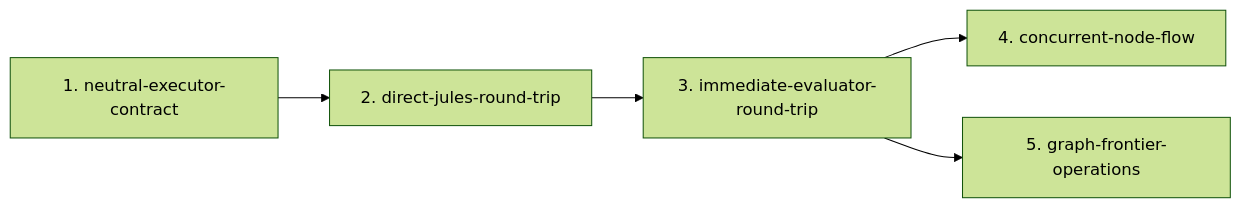
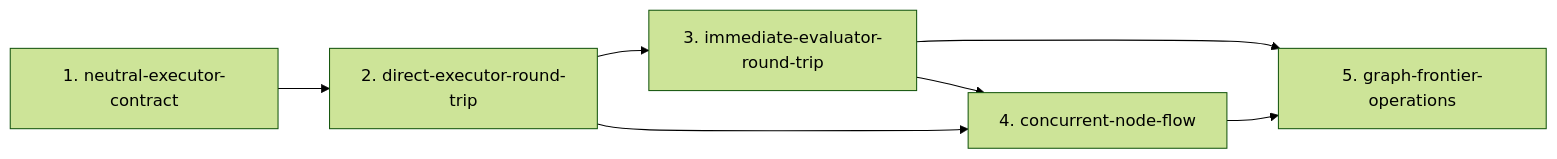
Before and after one commit to skchaudr/gddp-runtime: the third of 3 diagrams in PROJECT-BRIEF.md, drawn with Mermaid (forest theme). The commit also changed other lines of this file and 1 other file, not shown here.

First line of the commit message:
docs(canon): align AGENTS.md and PROJECT-BRIEF.md with the 5-node executor-neutral spine

````diff
--- a/PROJECT-BRIEF.md
+++ b/PROJECT-BRIEF.md
@@ -141,13 +142,15 @@
 ```mermaid
 flowchart LR
     contract["1. neutral-executor-contract"]
-    jules["2. direct-jules-round-trip"]
+    direct["2. direct-executor-round-trip"]
     evaluator["3. immediate-evaluator-round-trip"]
     concurrency["4. concurrent-node-flow"]
     frontier["5. graph-frontier-operations"]
 
-    contract --> jules
-    jules --> evaluator
+    contract --> direct
+    direct --> evaluator
     evaluator --> concurrency
     evaluator --> frontier
+    direct --> concurrency
+    concurrency --> frontier
 ```
````
